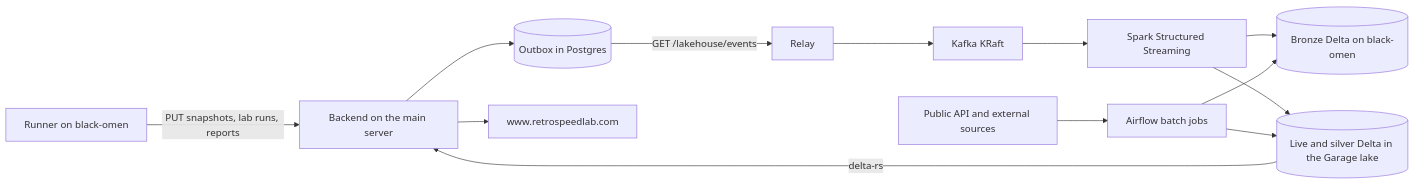
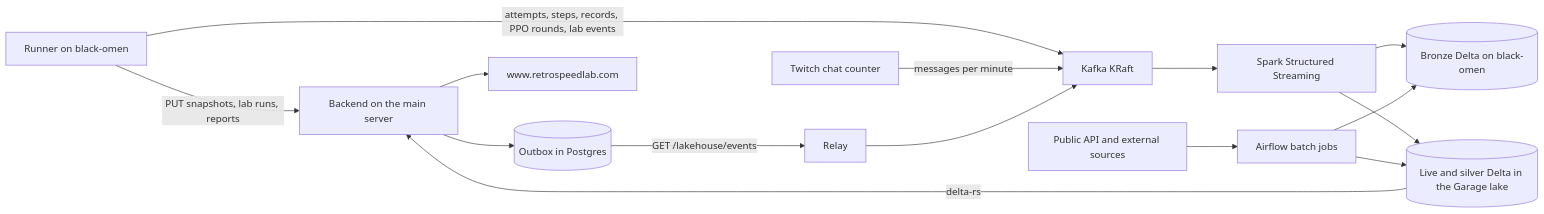
The first of 2 diagrams in README.md (RetroSpeedLab/retro-speedlab-lakehouse), drawn with Mermaid before and after one commit. The commit also changed other lines of this file and 19 other files, not shown here.

First line of the commit message:
feat(stream): the runner's search events and the chat's minutes stream into bronze and the live pulse tables

````diff
--- a/README.md
+++ b/README.md
@@ -11,15 +11,17 @@
 ```mermaid
 flowchart LR
     runner[Runner on black-omen] -->|PUT snapshots, lab runs, reports| backend[Backend on the main server]
+    runner -->|attempts, steps, records, PPO rounds, lab events| kafka
+    chat[Twitch chat counter] -->|messages per minute| kafka
     backend --> outbox[(Outbox in Postgres)]
     outbox -->|GET /lakehouse/events| relay[Relay]
     relay --> kafka[Kafka KRaft]
     kafka --> stream[Spark Structured Streaming]
     stream --> bronze[(Bronze Delta on black-omen)]
     stream --> lake[(Live and silver Delta in the Garage lake)]
     api[Public API and external sources] --> airflow[Airflow batch jobs]
     airflow --> bronze
     airflow --> lake
     lake -->|delta-rs| backend
     backend --> site[www.retrospeedlab.com]
 ```
````
